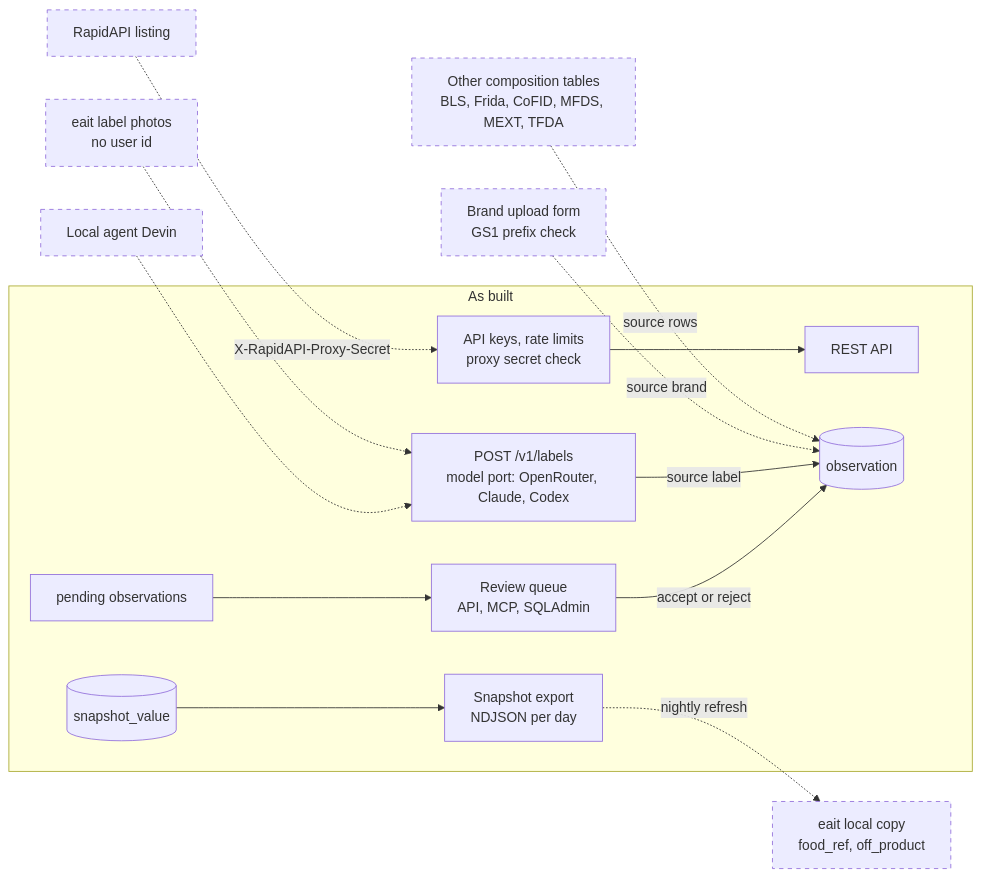
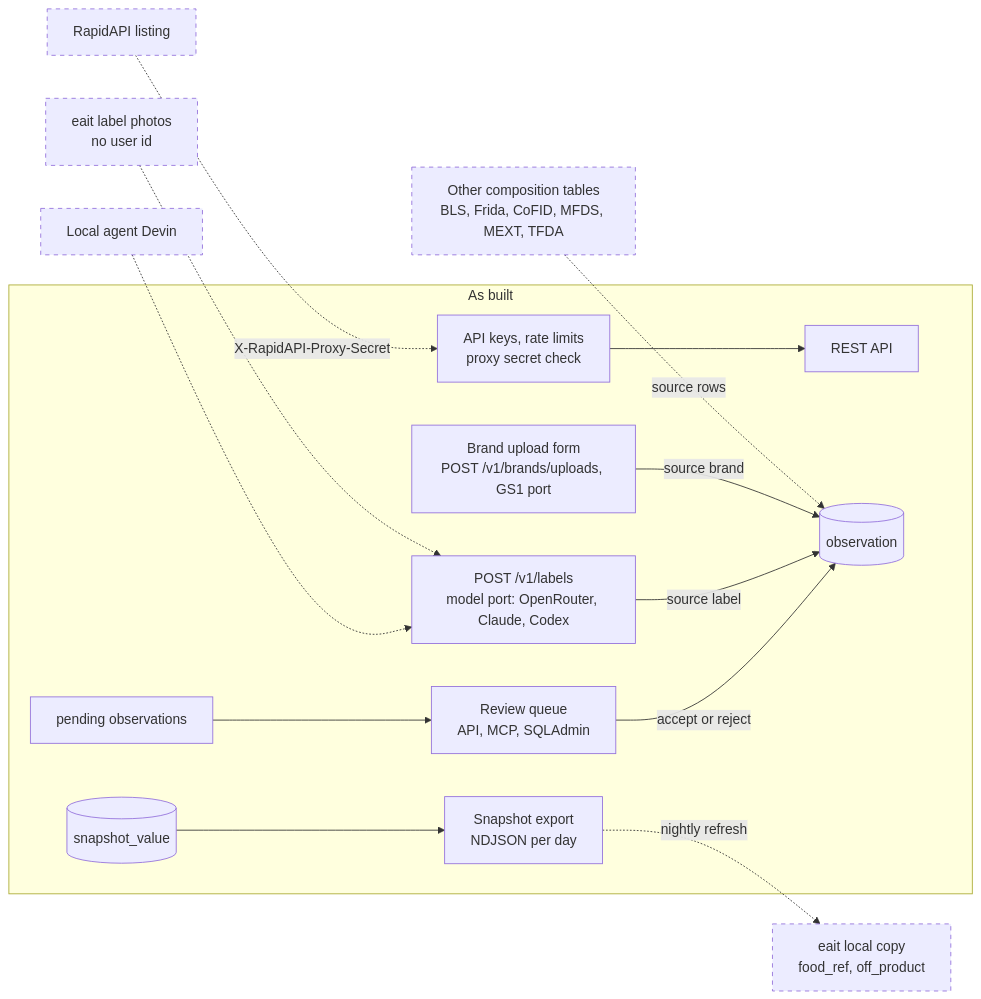
One commit to eait-fit/fooddb changed diagram 16 of 16 in docs/architecture.md. Above: the diagram before and after it, drawn with Mermaid. The commit also changed other lines of this file and 16 other files, not shown here.

First line of the commit message:
feat: brand upload form with a pluggable GS1 check (#13) (#41)

````diff
--- a/docs/architecture.md
+++ b/docs/architecture.md
@@ -1121,32 +1181,32 @@
 ```mermaid
 flowchart LR
     subgraph built["As built"]
         api["REST API"]
         auth["API keys, rate limits<br/>proxy secret check"]
         obs[("observation")]
         pend["pending observations"]
         review["Review queue<br/>API, MCP, SQLAdmin"]
         snap[("snapshot_value")]
         exp["Snapshot export<br/>NDJSON per day"]
         labels["POST /v1/labels<br/>model port: OpenRouter, Claude, Codex"]
+        brand["Brand upload form<br/>POST /v1/brands/uploads, GS1 port"]
     end
     tables["Other composition tables<br/>BLS, Frida, CoFID, MFDS, MEXT, TFDA"]
-    brand["Brand upload form<br/>GS1 prefix check"]
     eaitp["eait label photos<br/>no user id"]
     devin["Local agent Devin"]
     listing["RapidAPI listing"]
     eaitc["eait local copy<br/>food_ref, off_product"]
     tables -.->|"source rows"| obs
-    brand -.->|"source brand"| obs
+    brand -->|"source brand"| obs
     eaitp -.-> labels
     devin -.-> labels
     labels -->|"source label"| obs
     pend --> review
     review -->|"accept or reject"| obs
     listing -.->|"X-RapidAPI-Proxy-Secret"| auth
     auth --> api
     snap --> exp
     exp -.->|"nightly refresh"| eaitc
     classDef planned stroke-dasharray: 5 5
-    class tables,brand,eaitp,devin,listing,eaitc planned
+    class tables,eaitp,devin,listing,eaitc planned
 ```
````
